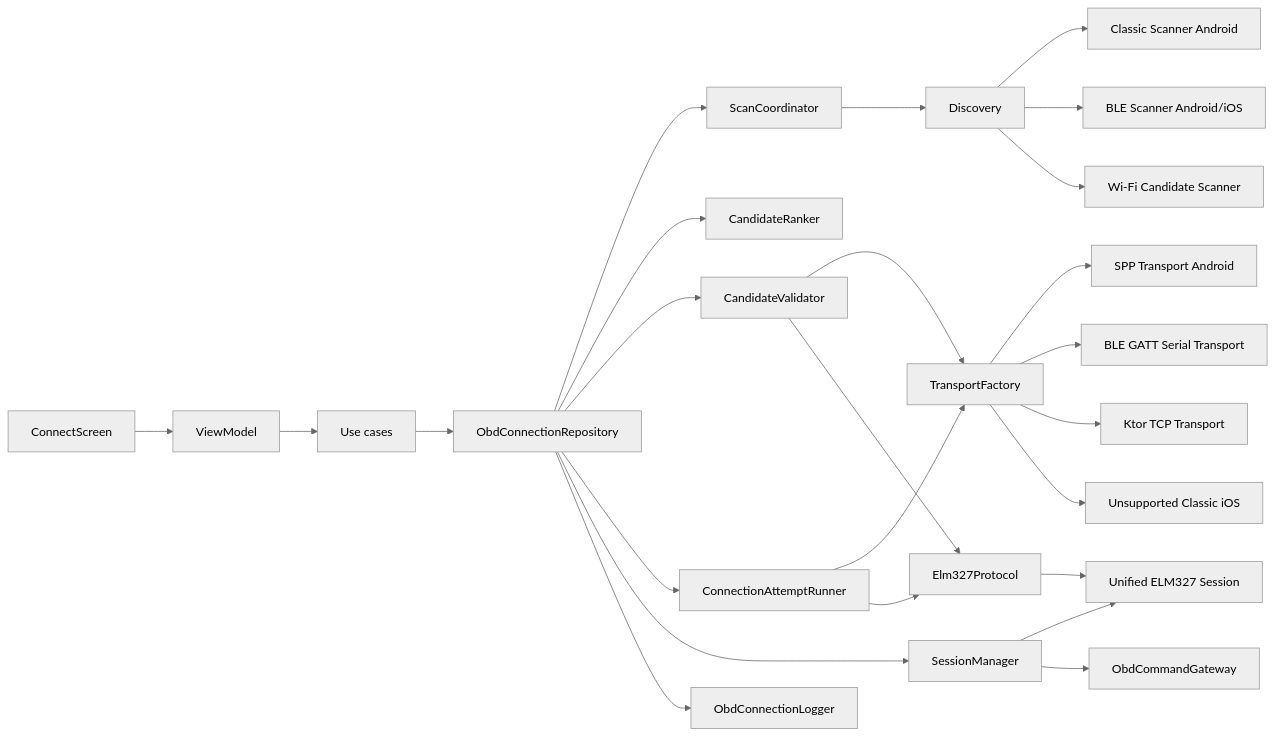
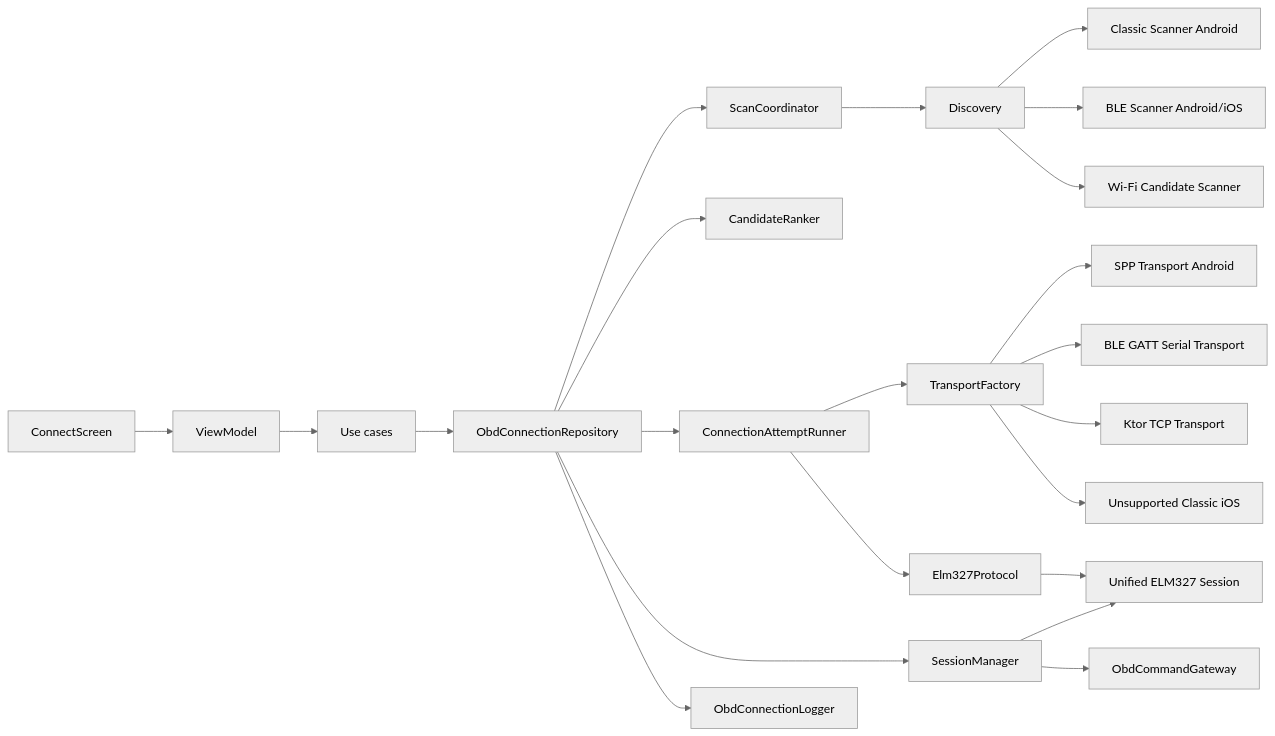
One commit to Maryino-District/CI changed the fourth of 4 diagrams in ai/CARINSPECTOR_OBD_CONNECTION_ARCHITECTURE.md. Above: the diagram before and after it, drawn with Mermaid (neutral theme). The commit also changed other lines of this file and 36 other files, not shown here.

````diff
--- a/ai/CARINSPECTOR_OBD_CONNECTION_ARCHITECTURE.md
+++ b/ai/CARINSPECTOR_OBD_CONNECTION_ARCHITECTURE.md
@@ -1906,27 +2177,24 @@
 ```mermaid
 flowchart LR
     A["ConnectScreen"] --> B["ViewModel"]
     B --> C["Use cases"]
     C --> D["ObdConnectionRepository"]
     D --> SC["ScanCoordinator"]
     D --> R["CandidateRanker"]
-    D --> V["CandidateValidator"]
     D --> AR["ConnectionAttemptRunner"]
     D --> SM["SessionManager"]
     D --> LOG["ObdConnectionLogger"]
     SC --> E["Discovery"]
-    V --> F["TransportFactory"]
-    V --> G["Elm327Protocol"]
     AR --> F["TransportFactory"]
     AR --> G["Elm327Protocol"]
     SM --> O["Unified ELM327 Session"]
     SM --> Q["ObdCommandGateway"]
     E --> H["Classic Scanner Android"]
     E --> I["BLE Scanner Android/iOS"]
     E --> J["Wi-Fi Candidate Scanner"]
     F --> K["SPP Transport Android"]
     F --> L["BLE GATT Serial Transport"]
     F --> M["Ktor TCP Transport"]
     F --> N["Unsupported Classic iOS"]
     G --> O
 ```
````
